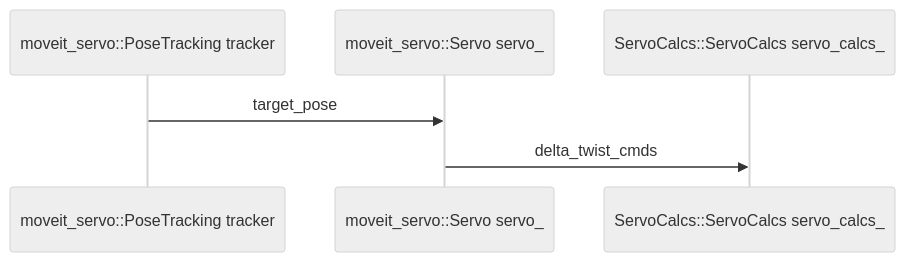
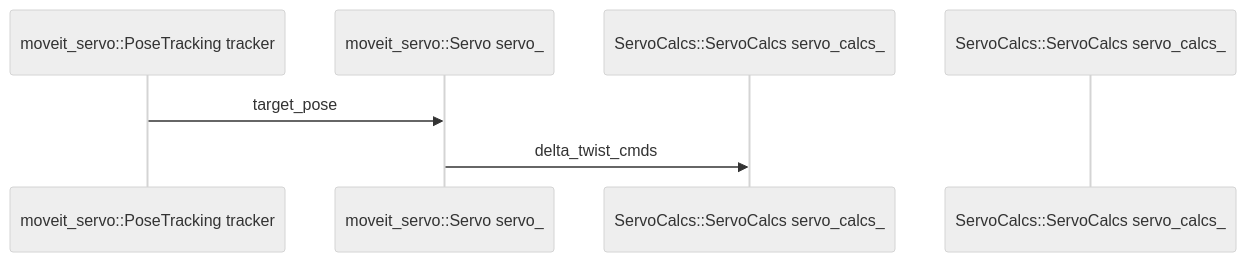
Before and after one commit to kemjensak/isaac_sim_tutorial: the first of 2 diagrams in docs/day3-4.md, drawn with Mermaid (neutral theme). The commit also changed other lines of this file, not shown here.

````diff
--- a/docs/day3-4.md
+++ b/docs/day3-4.md
@@ -121,8 +121,9 @@
 ```mermaid 
 sequenceDiagram 
 	 participant A as moveit_servo::PoseTracking tracker
 	 participant B as moveit_servo::Servo servo_ 
 	 participant C as ServoCalcs::ServoCalcs servo_calcs_  
-	 A->>B: target_pose 
+	 participant D as ServoCalcs::ServoCalcs servo_calcs_  
+	 A->>B: target_pose
 	 B->>C: delta_twist_cmds
 ```
````
